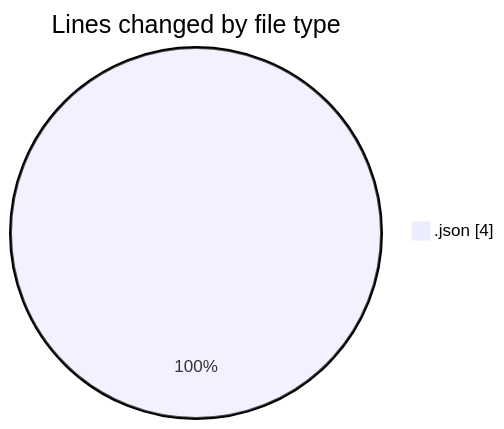
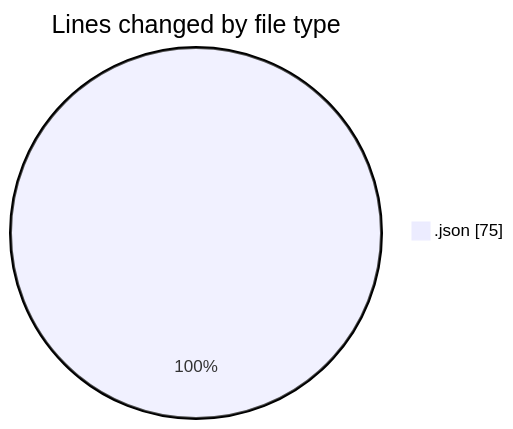
One commit to jadenblack/code-tracking changed the first of 2 diagrams in 2026-02-26/shadcn-admin-kit-main__workspace_/README.md. Above: the diagram before and after it, drawn with Mermaid. The commit also changed other lines of this file and 1 other file, not shown here.

````diff
--- a/2026-02-26/shadcn-admin-kit-main__workspace_/README.md
+++ b/2026-02-26/shadcn-admin-kit-main__workspace_/README.md
@@ -20,5 +21,5 @@
 ```mermaid
 pie showData
 title Lines changed by file type
-".json" : 4
+".json" : 75
 ```
````
